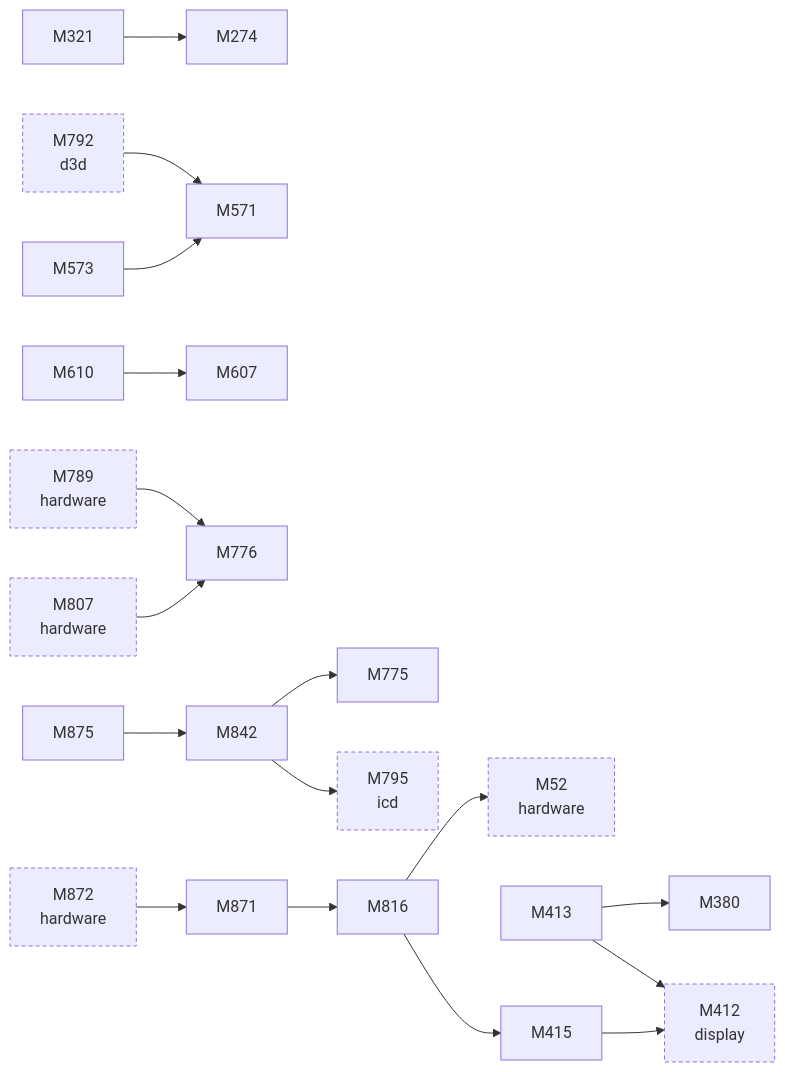
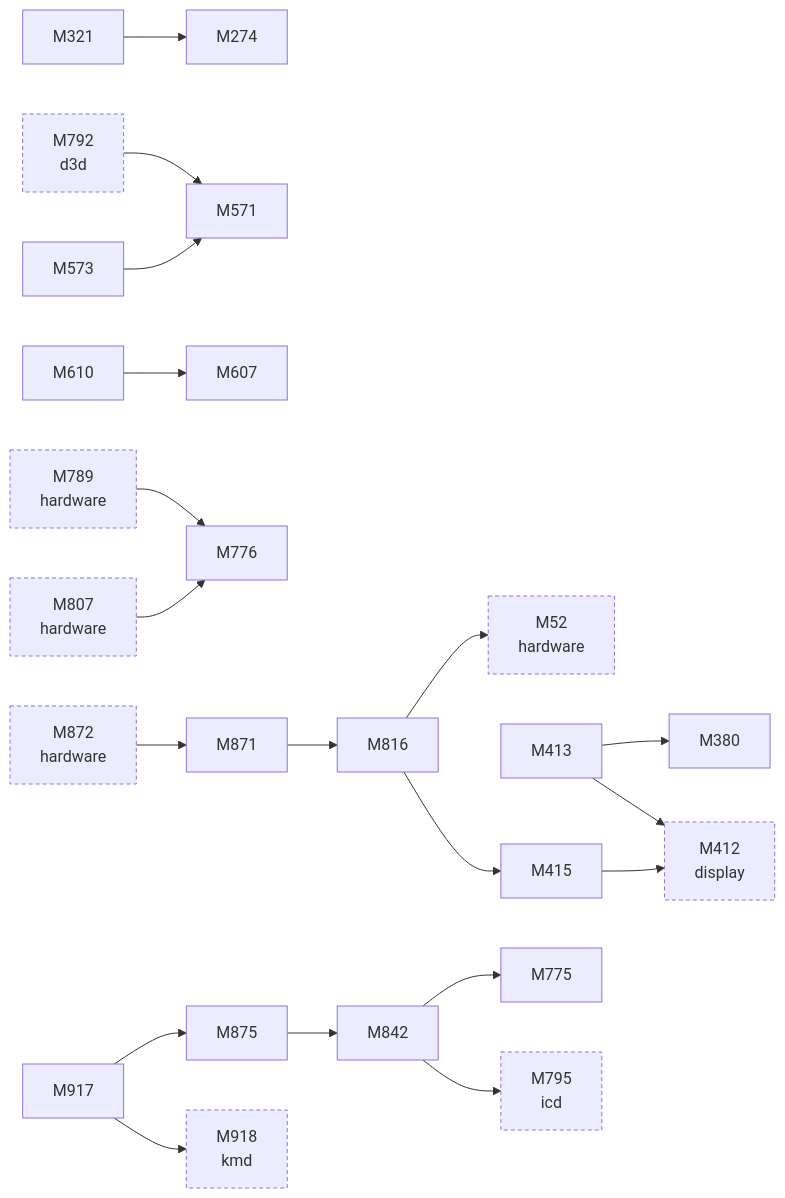
Before and after one commit to D-Ogi/amdgpu-wddm: the second of 2 diagrams in docs/facts/graphs/games.md, drawn with Mermaid. The commit also changed 31 other files, not shown here.

````diff
--- a/docs/facts/graphs/games.md
+++ b/docs/facts/graphs/games.md
@@ -31,43 +31,47 @@
 ```mermaid
 flowchart LR
   M52["M52<br/>hardware"]
   M274["M274"]
   M321["M321"]
   M380["M380"]
   M412["M412<br/>display"]
   M413["M413"]
   M415["M415"]
   M571["M571"]
   M573["M573"]
   M607["M607"]
   M610["M610"]
   M775["M775"]
   M776["M776"]
   M789["M789<br/>hardware"]
   M792["M792<br/>d3d"]
   M795["M795<br/>icd"]
   M807["M807<br/>hardware"]
   M816["M816"]
   M842["M842"]
   M871["M871"]
   M872["M872<br/>hardware"]
   M875["M875"]
+  M917["M917"]
+  M918["M918<br/>kmd"]
   M789 --> M776
   M807 --> M776
   M872 --> M871
   M792 --> M571
   M321 --> M274
   M413 --> M380
   M413 --> M412
   M415 --> M412
   M573 --> M571
   M610 --> M607
   M816 --> M52
   M816 --> M415
   M842 --> M775
   M842 --> M795
   M871 --> M816
   M875 --> M842
+  M917 --> M875
+  M917 --> M918
   classDef other stroke-dasharray:4 3
-  class M52,M412,M789,M792,M795,M807,M872 other
+  class M52,M412,M789,M792,M795,M807,M872,M918 other
 ```
````
